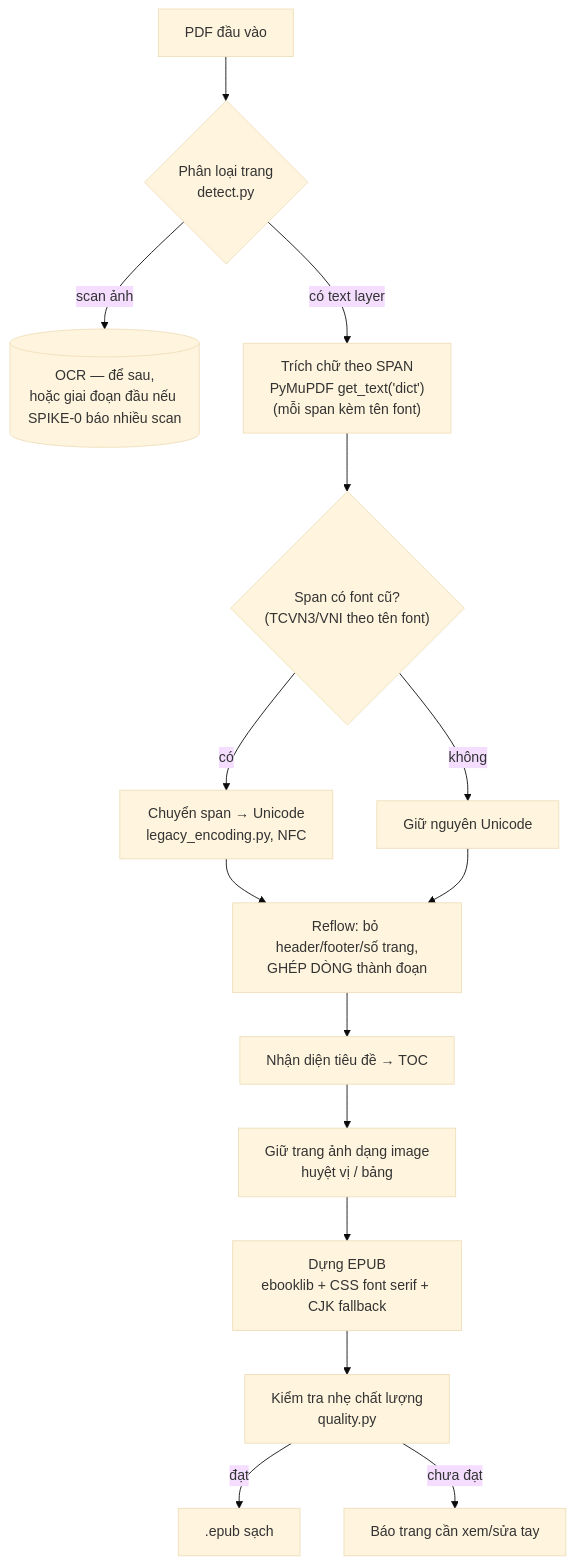
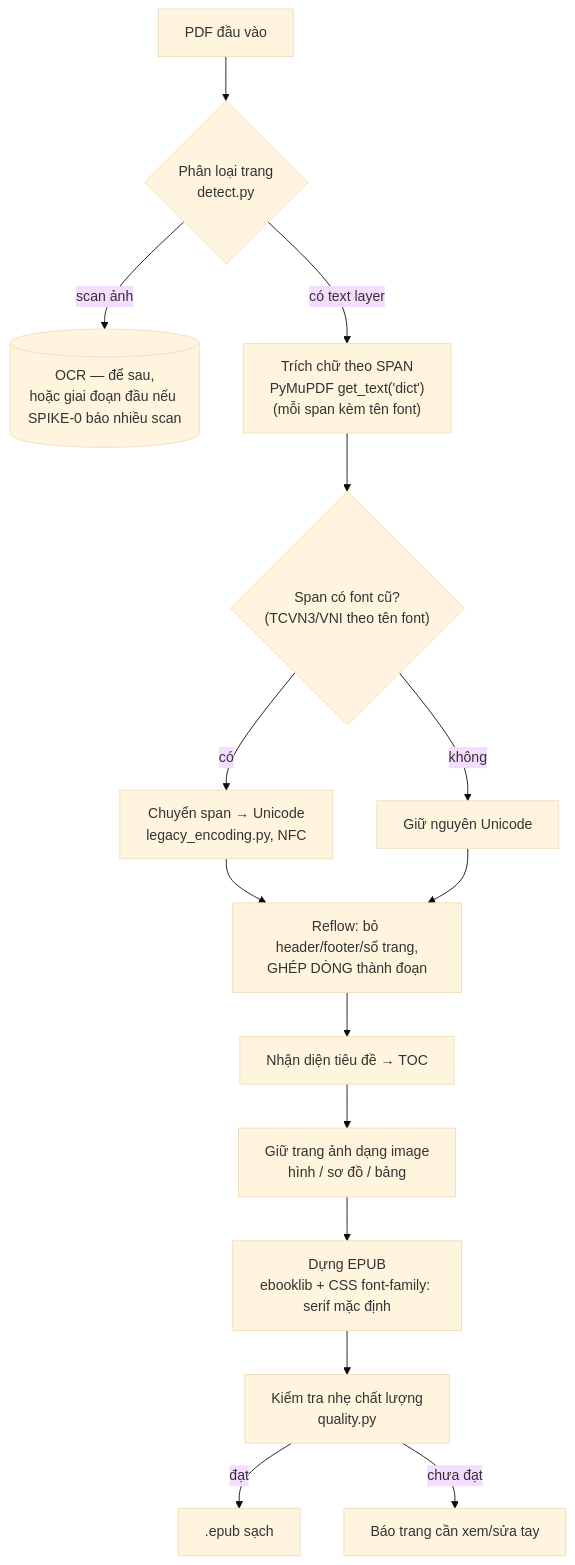
The diagram in docs/03-pdf-pipeline.md (trinhvandat/agy-kit), drawn with Mermaid (base theme) before and after one commit. The commit also changed other lines of this file and 10 other files, not shown here.

````diff
--- a/docs/03-pdf-pipeline.md
+++ b/docs/03-pdf-pipeline.md
@@ -27,17 +27,17 @@
 ```mermaid
 flowchart TD
     A[PDF đầu vào] --> B{Phân loại trang<br/>detect.py}
     B -->|scan ảnh| E[(OCR — để sau,<br/>hoặc giai đoạn đầu nếu SPIKE-0 báo nhiều scan)]
     B -->|có text layer| C["Trích chữ theo SPAN<br/>PyMuPDF get_text('dict')<br/>(mỗi span kèm tên font)"]
     C --> D{"Span có font cũ?<br/>(TCVN3/VNI theo tên font)"}
     D -->|có| D1[Chuyển span → Unicode<br/>legacy_encoding.py, NFC]
     D -->|không| D2[Giữ nguyên Unicode]
     D1 --> F
     D2 --> F[Reflow: bỏ header/footer/số trang,<br/>GHÉP DÒNG thành đoạn]
     F --> G[Nhận diện tiêu đề → TOC]
-    G --> H[Giữ trang ảnh dạng image<br/>huyệt vị / bảng]
-    H --> I[Dựng EPUB<br/>ebooklib + CSS font serif + CJK fallback]
+    G --> H[Giữ trang ảnh dạng image<br/>hình / sơ đồ / bảng]
+    H --> I[Dựng EPUB<br/>ebooklib + CSS font-family: serif mặc định]
     I --> J[Kiểm tra nhẹ chất lượng<br/>quality.py]
     J -->|đạt| K[.epub sạch]
     J -->|chưa đạt| L[Báo trang cần xem/sửa tay]
 ```
````
